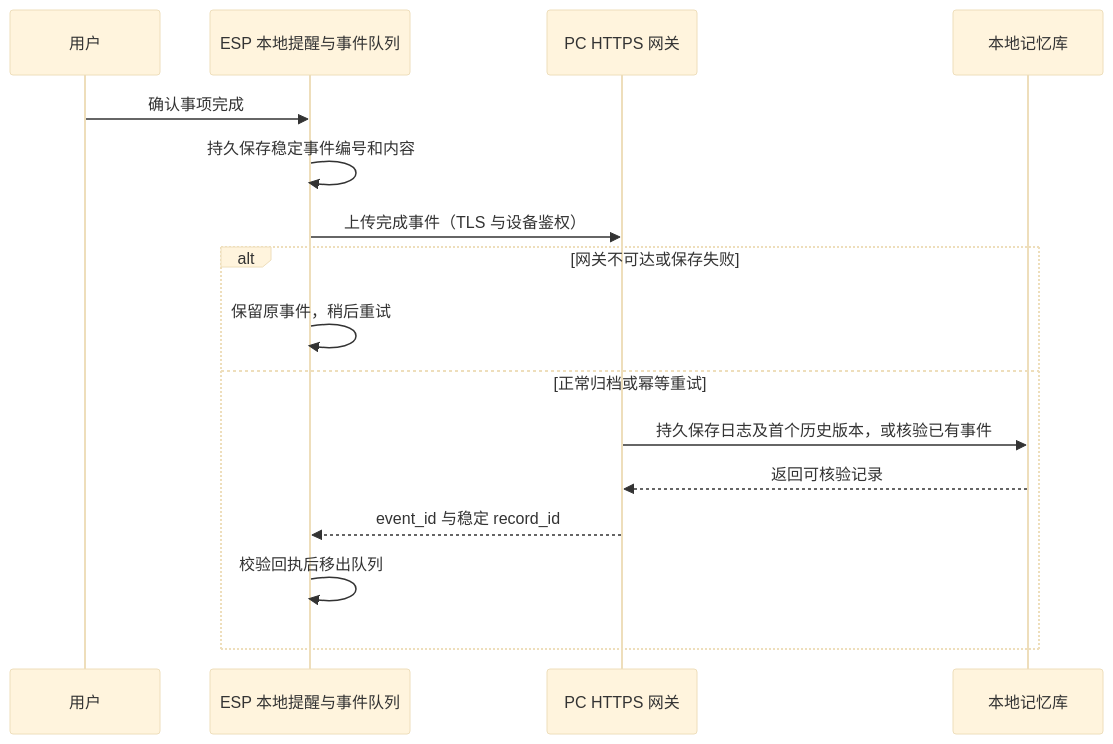
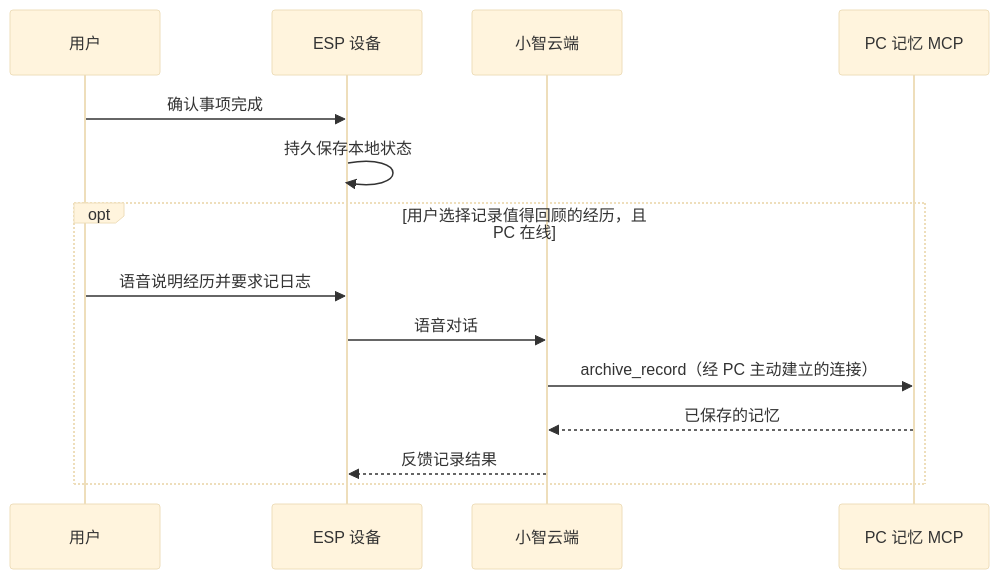
Before and after one commit to ArkFishingLab/EvoMyn: the second of 2 diagrams in docs/architecture.md, drawn with Mermaid (base theme). The commit also changed other lines of this file and 40 other files, not shown here.

````diff
--- a/docs/architecture.md
+++ b/docs/architecture.md
@@ -122,18 +113,16 @@
 ```mermaid
 sequenceDiagram
     participant U as 用户
-    participant D as ESP 本地提醒与事件队列
-    participant G as PC HTTPS 网关
-    participant S as 本地记忆库
+    participant D as ESP 设备
+    participant C as 小智云端
+    participant P as PC 记忆 MCP
     U->>D: 确认事项完成
-    D->>D: 持久保存稳定事件编号和内容
-    D->>G: 上传完成事件（TLS 与设备鉴权）
-    alt 网关不可达或保存失败
-        D->>D: 保留原事件，稍后重试
-    else 正常归档或幂等重试
-        G->>S: 持久保存日志及首个历史版本，或核验已有事件
-        S-->>G: 返回可核验记录
-        G-->>D: event_id 与稳定 record_id
-        D->>D: 校验回执后移出队列
+    D->>D: 持久保存本地状态
+    opt 用户选择记录值得回顾的经历，且 PC 在线
+        U->>D: 语音说明经历并要求记日志
+        D->>C: 语音对话
+        C->>P: archive_record（经 PC 主动建立的连接）
+        P-->>C: 已保存的记忆
+        C-->>D: 反馈记录结果
     end
 ```
````
